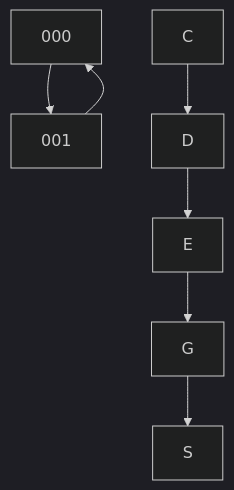
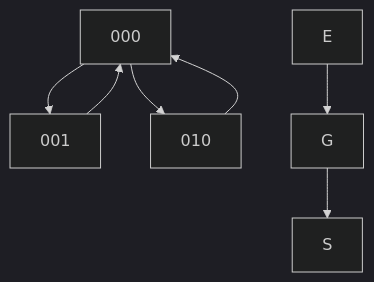
One commit to facumruiz/Plantilla_DigitalesPIC18 changed the diagram in README.md. Above: the diagram before and after it, drawn with Mermaid (dark theme).

````diff
--- a/README.md
+++ b/README.md
@@ -57,10 +57,10 @@
 ```mermaid
 graph TD;
     000-->001;
     001-->000;
-    C-->D;
-    D-->E;
+    000-->010;
+    010-->000;
     E-->G;
     G-->S;
     
 ```
````
